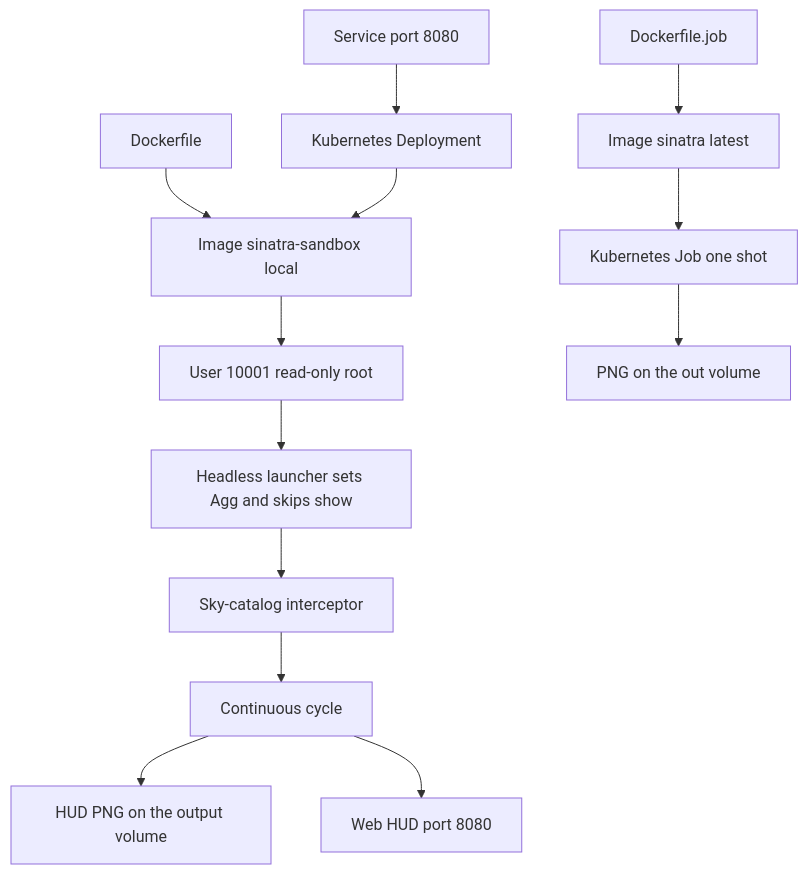
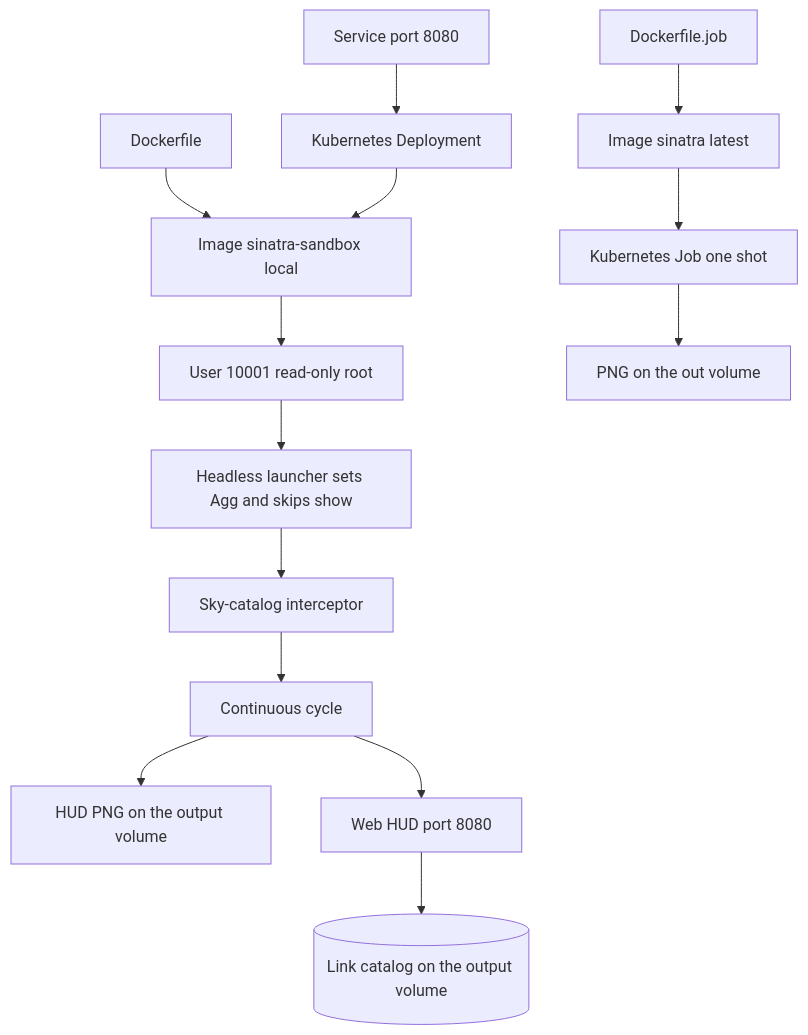
Before and after one commit to code4johnm/sinatra_audit: the diagram in diagrams/deployment.mmd, drawn with Mermaid. The commit also changed 21 other files, not shown here.

```diff
--- a/diagrams/deployment.mmd
+++ b/diagrams/deployment.mmd
@@ -1,28 +1,30 @@
 graph TD
   docker[Dockerfile]
   image[Image sinatra-sandbox local]
   user[User 10001 read-only root]
   launch[Headless launcher sets Agg and skips show]
   script[Sky-catalog interceptor]
   loop[Continuous cycle]
   png[HUD PNG on the output volume]
   web[Web HUD port 8080]
+  catalog[(Link catalog on the output volume)]
   dep[Kubernetes Deployment]
   svc[Service port 8080]
   jobfile[Dockerfile.job]
   jobimg[Image sinatra latest]
   job[Kubernetes Job one shot]
   outvol[PNG on the out volume]
 
   docker --> image
   image --> user
   user --> launch
   launch --> script
   script --> loop
   loop --> png
   loop --> web
+  web --> catalog
   dep --> image
   svc --> dep
   jobfile --> jobimg
   jobimg --> job
   job --> outvol
```
